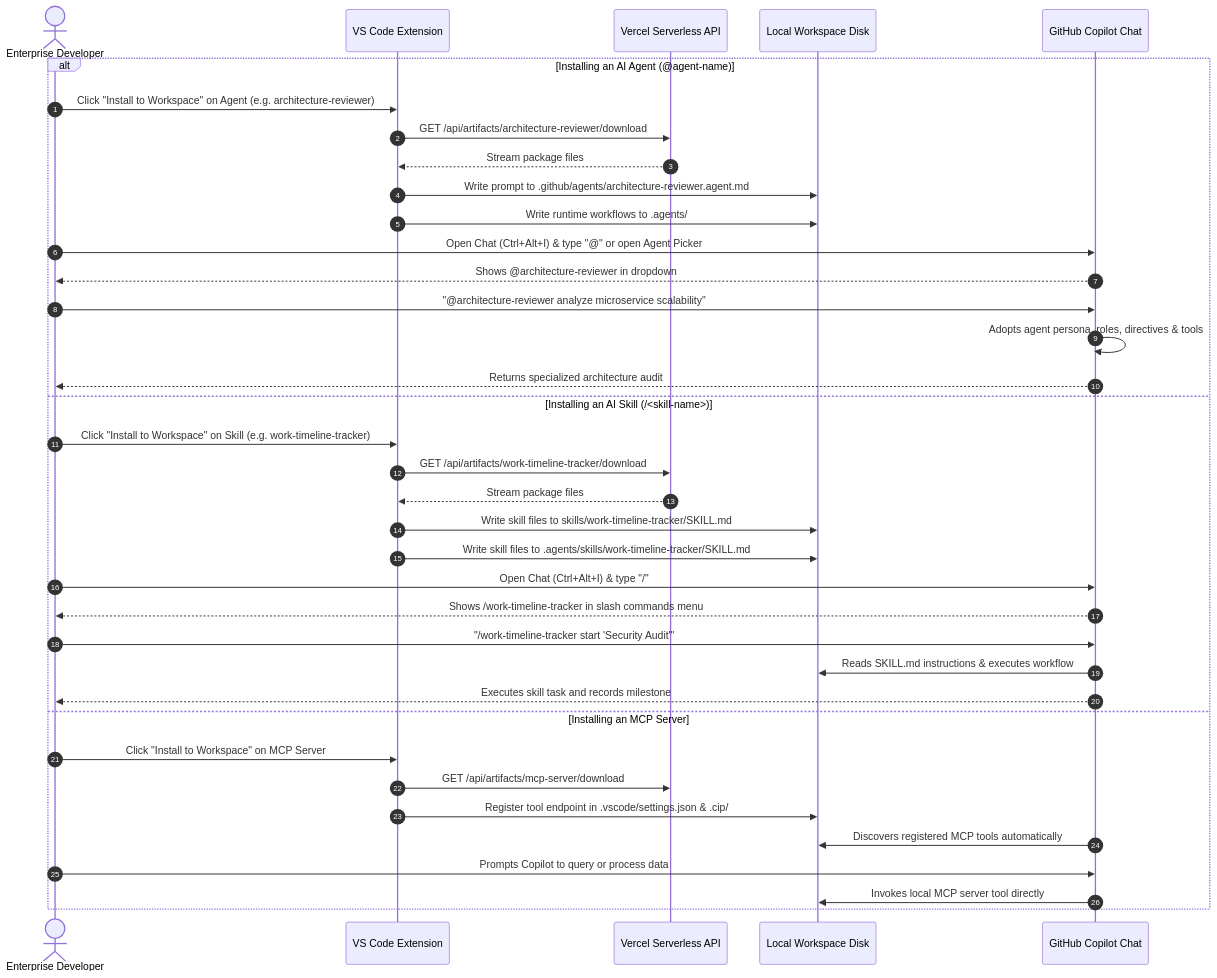
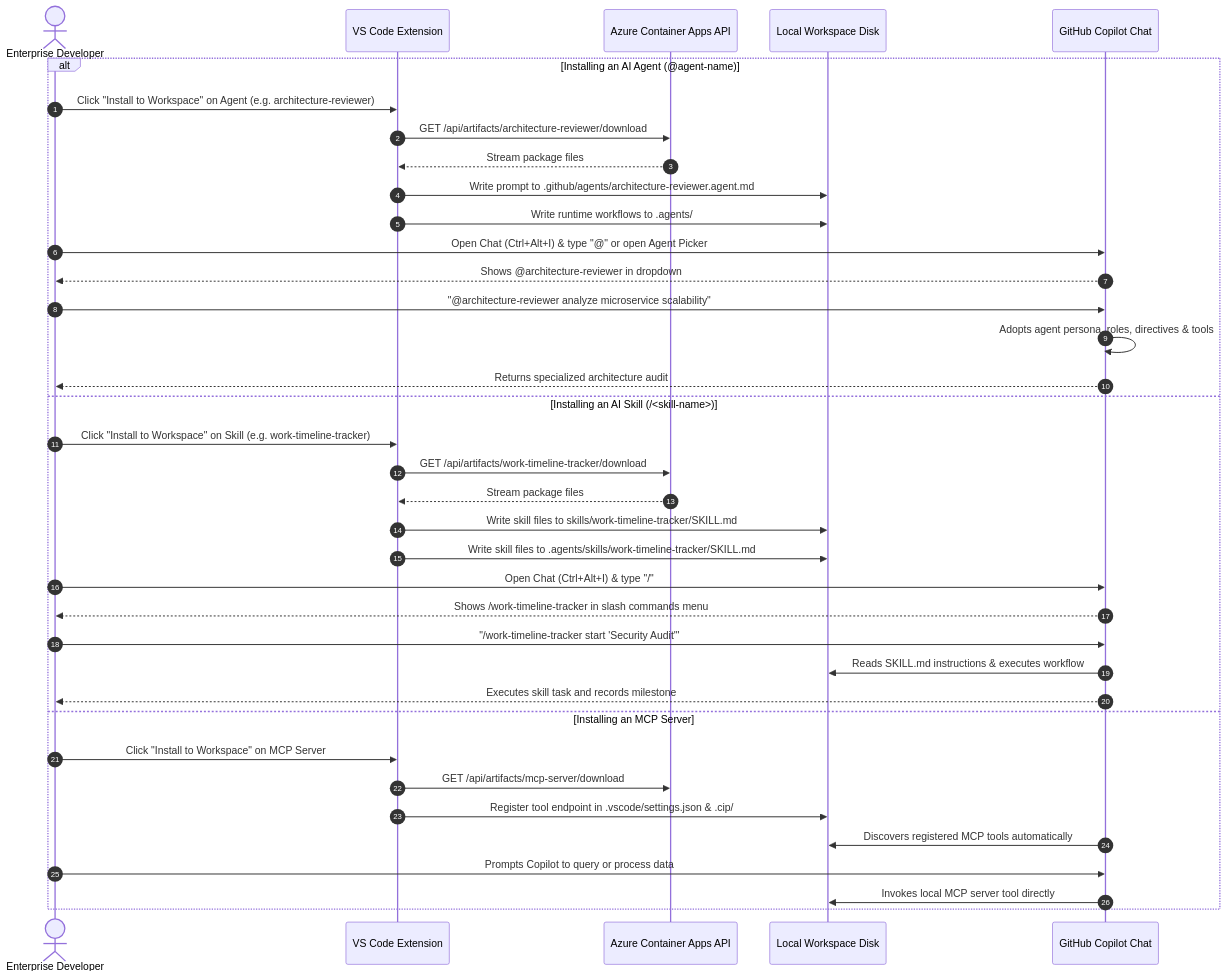
The second of 2 diagrams in SYSTEM-ARCHITECTURE.md (HarshPratapSinghRana/apm-backend), drawn with Mermaid before and after one commit. The commit also changed other lines of this file and 28 other files, not shown here.

Commit message:
refactor(backend): remove legacy vercel and localhost references across codebase in favor of azure container apps

````diff
--- a/SYSTEM-ARCHITECTURE.md
+++ b/SYSTEM-ARCHITECTURE.md
@@ -257,40 +257,40 @@
 ```mermaid
 sequenceDiagram
     autonumber
     actor Dev as Enterprise Developer
     participant Ext as VS Code Extension
-    participant API as Vercel Serverless API
+    participant API as Azure Container Apps API
     participant FS as Local Workspace Disk
     participant Copilot as GitHub Copilot Chat
 
     alt Installing an AI Agent (@agent-name)
         Dev->>Ext: Click "Install to Workspace" on Agent (e.g. architecture-reviewer)
         Ext->>API: GET /api/artifacts/architecture-reviewer/download
         API-->>Ext: Stream package files
         Ext->>FS: Write prompt to .github/agents/architecture-reviewer.agent.md
         Ext->>FS: Write runtime workflows to .agents/
         Dev->>Copilot: Open Chat (Ctrl+Alt+I) & type "@" or open Agent Picker
         Copilot-->>Dev: Shows @architecture-reviewer in dropdown
         Dev->>Copilot: "@architecture-reviewer analyze microservice scalability"
         Copilot->>Copilot: Adopts agent persona, roles, directives & tools
         Copilot-->>Dev: Returns specialized architecture audit
     else Installing an AI Skill (/<skill-name>)
         Dev->>Ext: Click "Install to Workspace" on Skill (e.g. work-timeline-tracker)
         Ext->>API: GET /api/artifacts/work-timeline-tracker/download
         API-->>Ext: Stream package files
         Ext->>FS: Write skill files to skills/work-timeline-tracker/SKILL.md
         Ext->>FS: Write skill files to .agents/skills/work-timeline-tracker/SKILL.md
         Dev->>Copilot: Open Chat (Ctrl+Alt+I) & type "/"
         Copilot-->>Dev: Shows /work-timeline-tracker in slash commands menu
         Dev->>Copilot: "/work-timeline-tracker start 'Security Audit'"
         Copilot->>FS: Reads SKILL.md instructions & executes workflow
         Copilot-->>Dev: Executes skill task and records milestone
     else Installing an MCP Server
         Dev->>Ext: Click "Install to Workspace" on MCP Server
         Ext->>API: GET /api/artifacts/mcp-server/download
         Ext->>FS: Register tool endpoint in .vscode/settings.json & .cip/
         Copilot->>FS: Discovers registered MCP tools automatically
         Dev->>Copilot: Prompts Copilot to query or process data
         Copilot->>FS: Invokes local MCP server tool directly
     end
 ```
````
